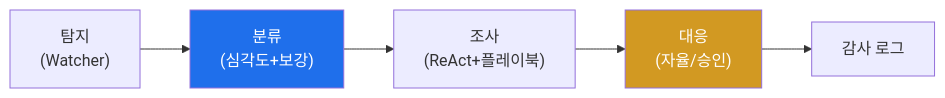
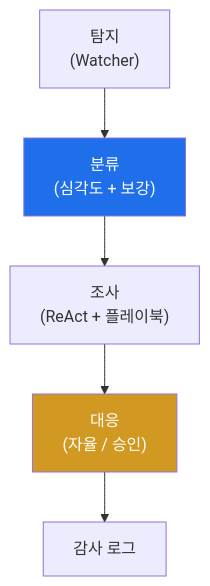
One commit to mrgrit/tw2 changed the diagram in contents/training/autonomous-security/lecture_week11.md. Above: the diagram before and after it, drawn with Mermaid. The commit also changed other lines of this file, not shown here.

````diff
--- a/contents/training/autonomous-security/lecture_week11.md
+++ b/contents/training/autonomous-security/lecture_week11.md
@@ -55,9 +57,9 @@
 ```mermaid
-graph LR
-    D["탐지<br/>(Watcher)"] --> T["분류<br/>(심각도+보강)"]
-    T --> I["조사<br/>(ReAct+플레이북)"]
-    I --> R["대응<br/>(자율/승인)"]
+graph TD
+    D["탐지<br/>(Watcher)"] --> T["분류<br/>(심각도 + 보강)"]
+    T --> I["조사<br/>(ReAct + 플레이북)"]
+    I --> R["대응<br/>(자율 / 승인)"]
     R --> L["감사 로그"]
     style T fill:#1f6feb,color:#fff
     style R fill:#d29922,color:#fff
 ```
````
